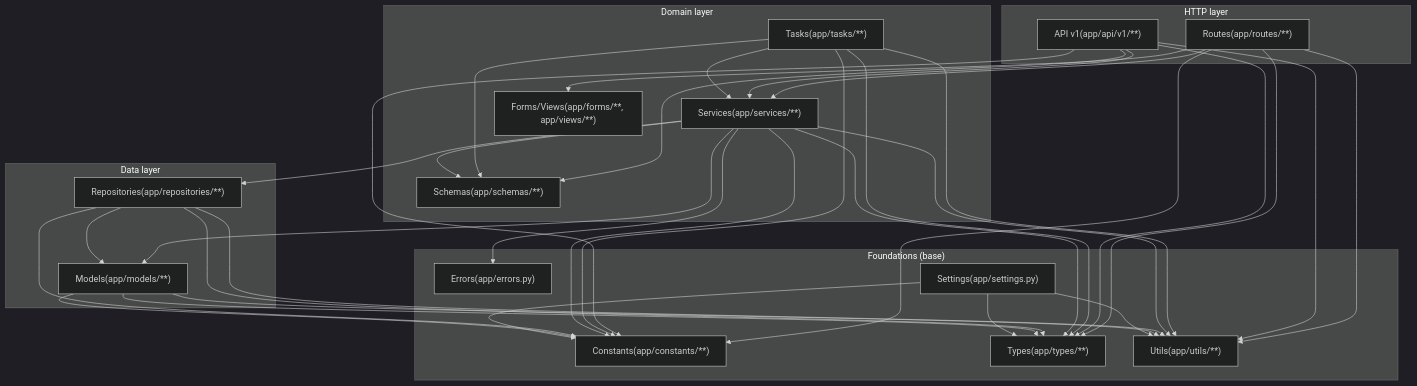
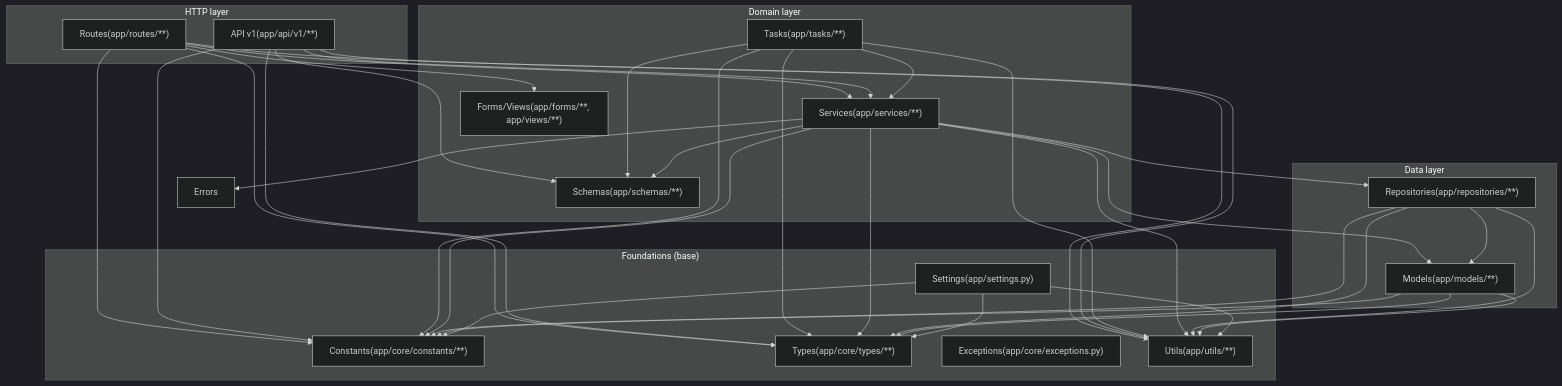
Before and after one commit to nyealovey/WhaleFall: the diagram in docs/Obsidian/architecture/module-dependency-graph.md, drawn with Mermaid (dark theme). The commit also changed 316 other files, not shown here.

````diff
--- a/docs/Obsidian/architecture/module-dependency-graph.md
+++ b/docs/Obsidian/architecture/module-dependency-graph.md
@@ -28,66 +28,66 @@
 ```mermaid
 graph TD
   subgraph HTTP["HTTP layer"]
     Routes["Routes(app/routes/**)"]
     ApiV1["API v1(app/api/v1/**)"]
   end
 
   subgraph Domain["Domain layer"]
     Tasks["Tasks(app/tasks/**)"]
     Services["Services(app/services/**)"]
     Schemas["Schemas(app/schemas/**)"]
     FormsViews["Forms/Views(app/forms/**, app/views/**)"]
   end
 
   subgraph Data["Data layer"]
     Repos["Repositories(app/repositories/**)"]
     Models["Models(app/models/**)"]
   end
 
   subgraph Foundations["Foundations (base)"]
-    Constants["Constants(app/constants/**)"]
-    Types["Types(app/types/**)"]
-    Errors["Errors(app/errors.py)"]
+    Constants["Constants(app/core/constants/**)"]
+    Types["Types(app/core/types/**)"]
+    Exceptions["Exceptions(app/core/exceptions.py)"]
     Utils["Utils(app/utils/**)"]
     Settings["Settings(app/settings.py)"]
   end
 
   Routes --> Services
   Routes --> FormsViews
   Routes --> Utils
   Routes --> Constants
   Routes --> Types
 
   ApiV1 --> Services
   ApiV1 --> Schemas
   ApiV1 --> Utils
   ApiV1 --> Constants
   ApiV1 --> Types
 
   Tasks --> Services
   Tasks --> Schemas
   Tasks --> Utils
   Tasks --> Constants
   Tasks --> Types
 
   Services --> Repos
   Services --> Models
   Services --> Schemas
   Services --> Utils
   Services --> Errors
   Services --> Constants
   Services --> Types
 
   Repos --> Models
   Repos --> Utils
   Repos --> Constants
   Repos --> Types
 
   Models --> Utils
   Models --> Constants
   Models --> Types
 
   Settings --> Constants
   Settings --> Types
   Settings --> Utils
 ```
````
